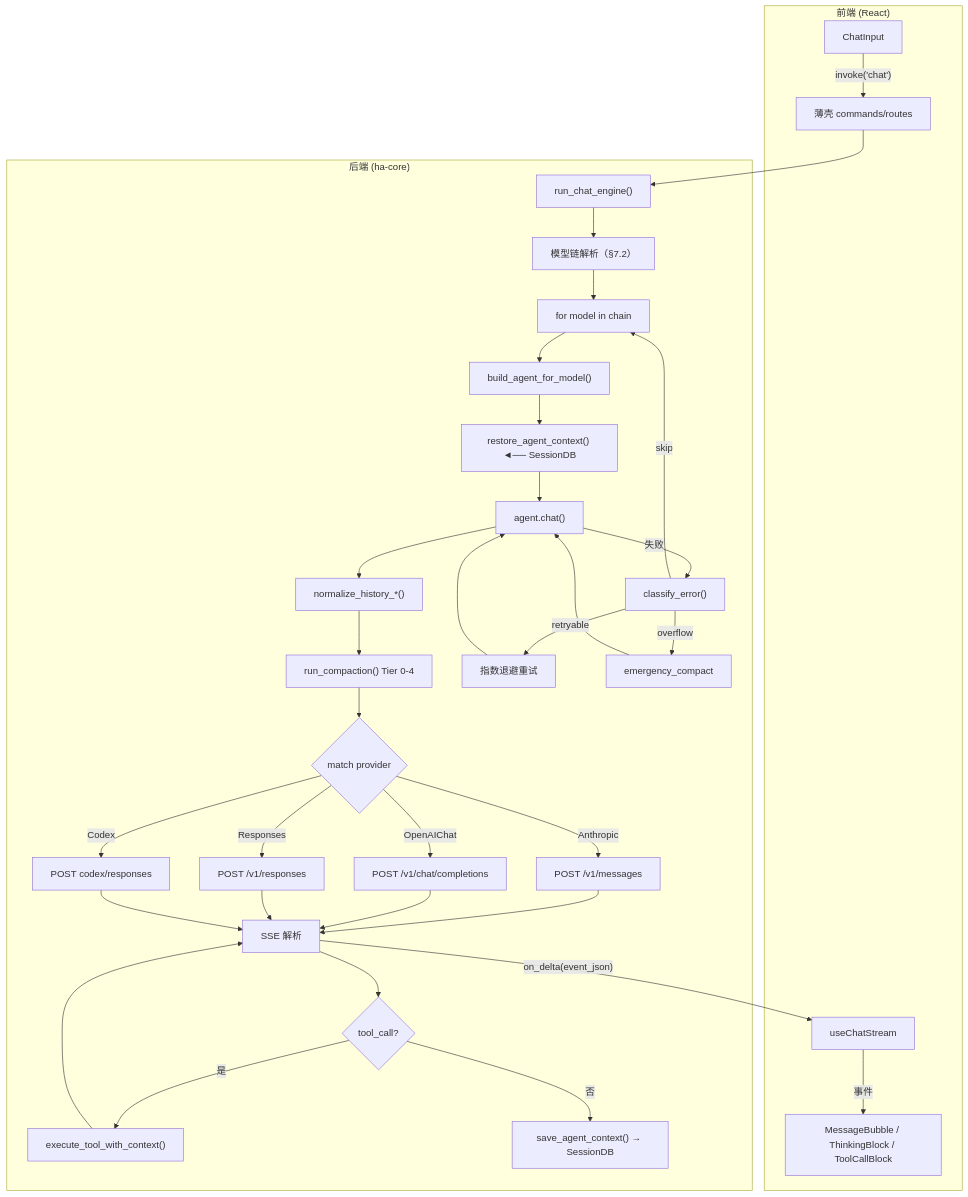
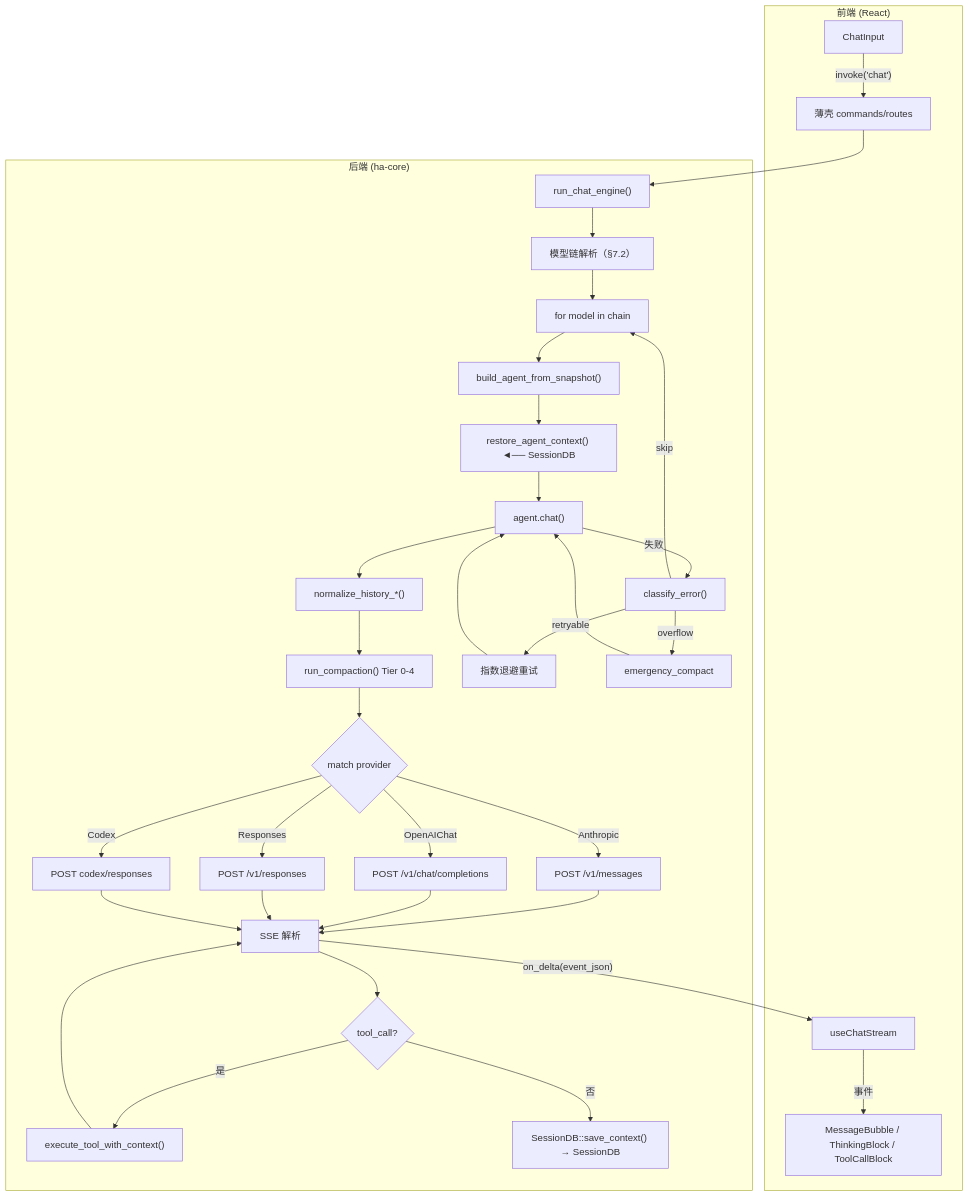
One commit to shiwenwen/hope-agent changed diagram 16 of 16 in docs/architecture/provider-system.md. Above: the diagram before and after it, drawn with Mermaid. The commit also changed other lines of this file and 2 other files, not shown here.

````diff
--- a/docs/architecture/provider-system.md
+++ b/docs/architecture/provider-system.md
@@ -786,40 +785,40 @@
 ```mermaid
 flowchart TD
   subgraph Frontend["前端 (React)"]
     INPUT["ChatInput"] -->|"invoke('chat')"| INVOKE
     STREAM["useChatStream"] -->|"事件"| RENDER
     RENDER["MessageBubble / ThinkingBlock / ToolCallBlock"]
   end
 
   subgraph Backend["后端 (ha-core)"]
     INVOKE["薄壳 commands/routes"] --> ENGINE["run_chat_engine()"]
     ENGINE --> RESOLVE["模型链解析（§7.2）"]
     RESOLVE --> LOOP["for model in chain"]
 
-    LOOP --> BUILD["build_agent_for_model()"]
+    LOOP --> BUILD["build_agent_from_snapshot()"]
     BUILD --> RESTORE["restore_agent_context() ◄── SessionDB"]
     RESTORE --> AGENT["agent.chat()"]
 
     AGENT --> NORMALIZE["normalize_history_*()"]
     NORMALIZE --> COMPACTION["run_compaction() Tier 0-4"]
     COMPACTION --> PROVIDER{"match provider"}
 
     PROVIDER -->|Anthropic| P1["POST /v1/messages"]
     PROVIDER -->|OpenAIChat| P2["POST /v1/chat/completions"]
     PROVIDER -->|Responses| P3["POST /v1/responses"]
     PROVIDER -->|Codex| P4["POST codex/responses"]
 
     P1 & P2 & P3 & P4 --> SSE["SSE 解析"]
     SSE -->|"on_delta(event_json)"| STREAM
 
     SSE --> TOOLQ{"tool_call?"}
     TOOLQ -->|是| TEXEC["execute_tool_with_context()"]
     TEXEC --> SSE
-    TOOLQ -->|否| SAVE["save_agent_context() → SessionDB"]
+    TOOLQ -->|否| SAVE["SessionDB::save_context() → SessionDB"]
 
     AGENT -->|失败| CLASSIFY["classify_error()"]
     CLASSIFY -->|retryable| BACKOFF["指数退避重试"] --> AGENT
     CLASSIFY -->|overflow| EMERGENCY["emergency_compact"] --> AGENT
     CLASSIFY -->|skip| LOOP
   end
 ```
````
